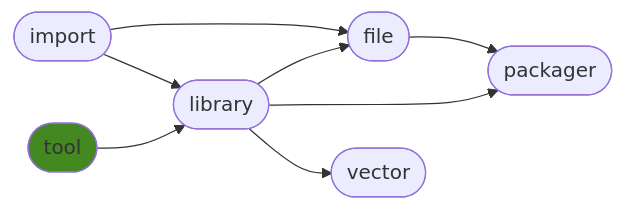
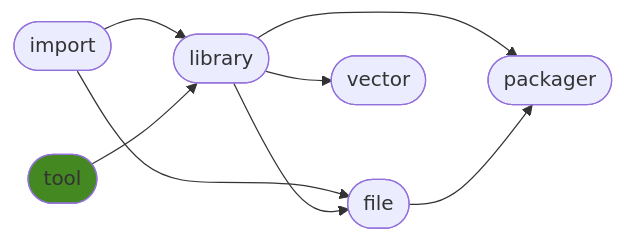
Before and after one commit to ManderaGeneral/generaltool: the diagram in README.md, drawn with Mermaid. The commit also changed other lines of this file, not shown here.

````diff
--- a/README.md
+++ b/README.md
@@ -23,17 +23,17 @@
 ```mermaid
 flowchart LR
+0([import]) --> 3([file])
+2([library]) --> 5([packager])
+0([import]) --> 2([library])
+2([library]) --> 4([vector])
 2([library]) --> 3([file])
 3([file]) --> 5([packager])
-2([library]) --> 5([packager])
-0([import]) --> 3([file])
-0([import]) --> 2([library])
 1([tool]) --> 2([library])
-2([library]) --> 4([vector])
 click 0 "https://github.com/ManderaGeneral/generalimport"
 click 1 "https://github.com/ManderaGeneral/generaltool"
 click 2 "https://github.com/ManderaGeneral/generallibrary"
 click 3 "https://github.com/ManderaGeneral/generalfile"
 click 4 "https://github.com/ManderaGeneral/generalvector"
 click 5 "https://github.com/ManderaGeneral/generalpackager"
 style 1 fill:#482
 ```
````
